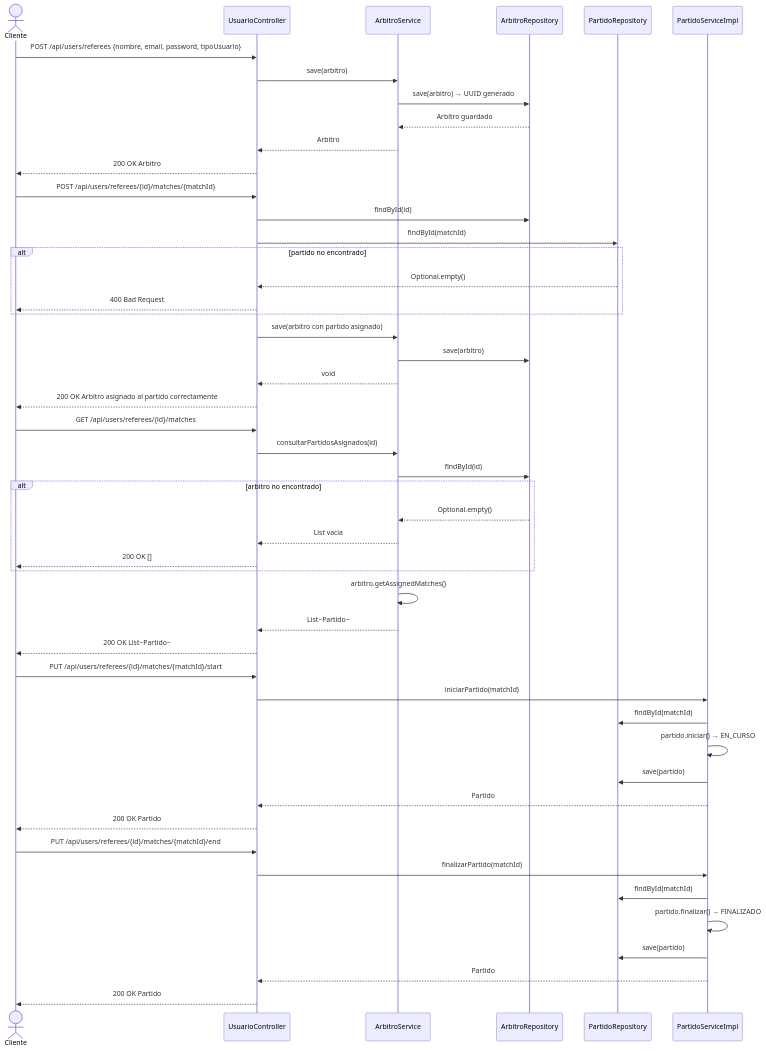
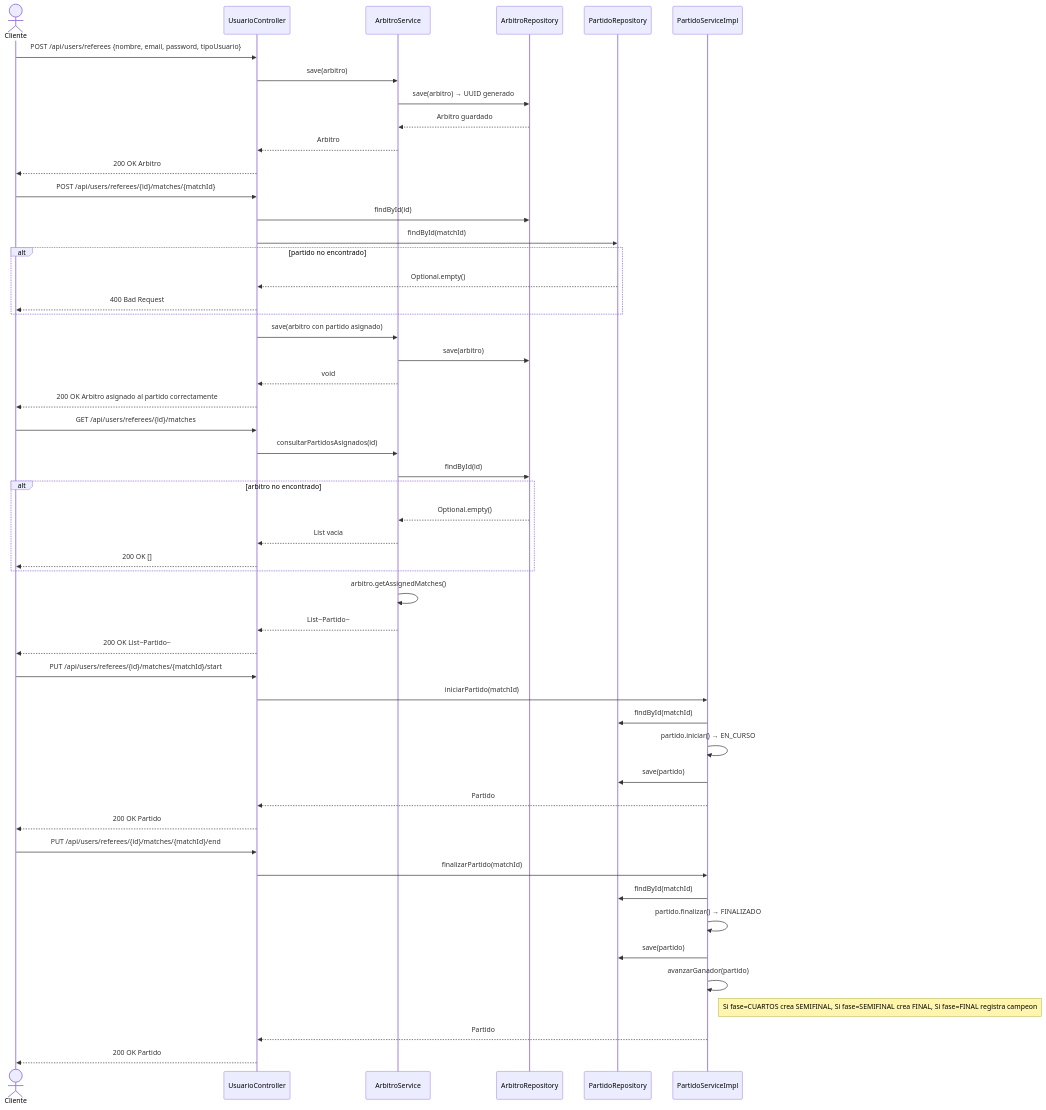
The diagram in docs/uml/diagramas-secuencia/10-arbitros.md (nglsz006/SFC_techcup-futbol), drawn with Mermaid before and after one commit. The commit also changed 14 other files, not shown here.

Commit message:
actualizar diagramas: ER, clases, componentes, secuencia y contexto

````diff
--- a/docs/uml/diagramas-secuencia/10-arbitros.md
+++ b/docs/uml/diagramas-secuencia/10-arbitros.md
@@ -7,61 +7,63 @@
 ```mermaid
 sequenceDiagram
     actor Cliente
     participant UsuarioController
     participant ArbitroService
     participant ArbitroRepository
     participant PartidoRepository
     participant PartidoServiceImpl
 
     %% Crear arbitro via admin
     Cliente->>UsuarioController: POST /api/users/referees {nombre, email, password, tipoUsuario}
     UsuarioController->>ArbitroService: save(arbitro)
     ArbitroService->>ArbitroRepository: save(arbitro) → UUID generado
     ArbitroRepository-->>ArbitroService: Arbitro guardado
     ArbitroService-->>UsuarioController: Arbitro
     UsuarioController-->>Cliente: 200 OK Arbitro
 
     %% Asignar partido a arbitro
     Cliente->>UsuarioController: POST /api/users/referees/{id}/matches/{matchId}
     UsuarioController->>ArbitroRepository: findById(id)
     UsuarioController->>PartidoRepository: findById(matchId)
     alt partido no encontrado
         PartidoRepository-->>UsuarioController: Optional.empty()
         UsuarioController-->>Cliente: 400 Bad Request
     end
     UsuarioController->>ArbitroService: save(arbitro con partido asignado)
     ArbitroService->>ArbitroRepository: save(arbitro)
     ArbitroService-->>UsuarioController: void
     UsuarioController-->>Cliente: 200 OK Arbitro asignado al partido correctamente
 
     %% Consultar partidos asignados
     Cliente->>UsuarioController: GET /api/users/referees/{id}/matches
     UsuarioController->>ArbitroService: consultarPartidosAsignados(id)
     ArbitroService->>ArbitroRepository: findById(id)
     alt arbitro no encontrado
         ArbitroRepository-->>ArbitroService: Optional.empty()
         ArbitroService-->>UsuarioController: List vacia
         UsuarioController-->>Cliente: 200 OK []
     end
     ArbitroService->>ArbitroService: arbitro.getAssignedMatches()
     ArbitroService-->>UsuarioController: List~Partido~
     UsuarioController-->>Cliente: 200 OK List~Partido~
 
     %% Iniciar partido
     Cliente->>UsuarioController: PUT /api/users/referees/{id}/matches/{matchId}/start
     UsuarioController->>PartidoServiceImpl: iniciarPartido(matchId)
     PartidoServiceImpl->>PartidoRepository: findById(matchId)
     PartidoServiceImpl->>PartidoServiceImpl: partido.iniciar() → EN_CURSO
     PartidoServiceImpl->>PartidoRepository: save(partido)
     PartidoServiceImpl-->>UsuarioController: Partido
     UsuarioController-->>Cliente: 200 OK Partido
 
     %% Finalizar partido
     Cliente->>UsuarioController: PUT /api/users/referees/{id}/matches/{matchId}/end
     UsuarioController->>PartidoServiceImpl: finalizarPartido(matchId)
     PartidoServiceImpl->>PartidoRepository: findById(matchId)
     PartidoServiceImpl->>PartidoServiceImpl: partido.finalizar() → FINALIZADO
     PartidoServiceImpl->>PartidoRepository: save(partido)
+    PartidoServiceImpl->>PartidoServiceImpl: avanzarGanador(partido)
+    note right of PartidoServiceImpl: Si fase=CUARTOS crea SEMIFINAL, Si fase=SEMIFINAL crea FINAL, Si fase=FINAL registra campeon
     PartidoServiceImpl-->>UsuarioController: Partido
     UsuarioController-->>Cliente: 200 OK Partido
 ```
````
